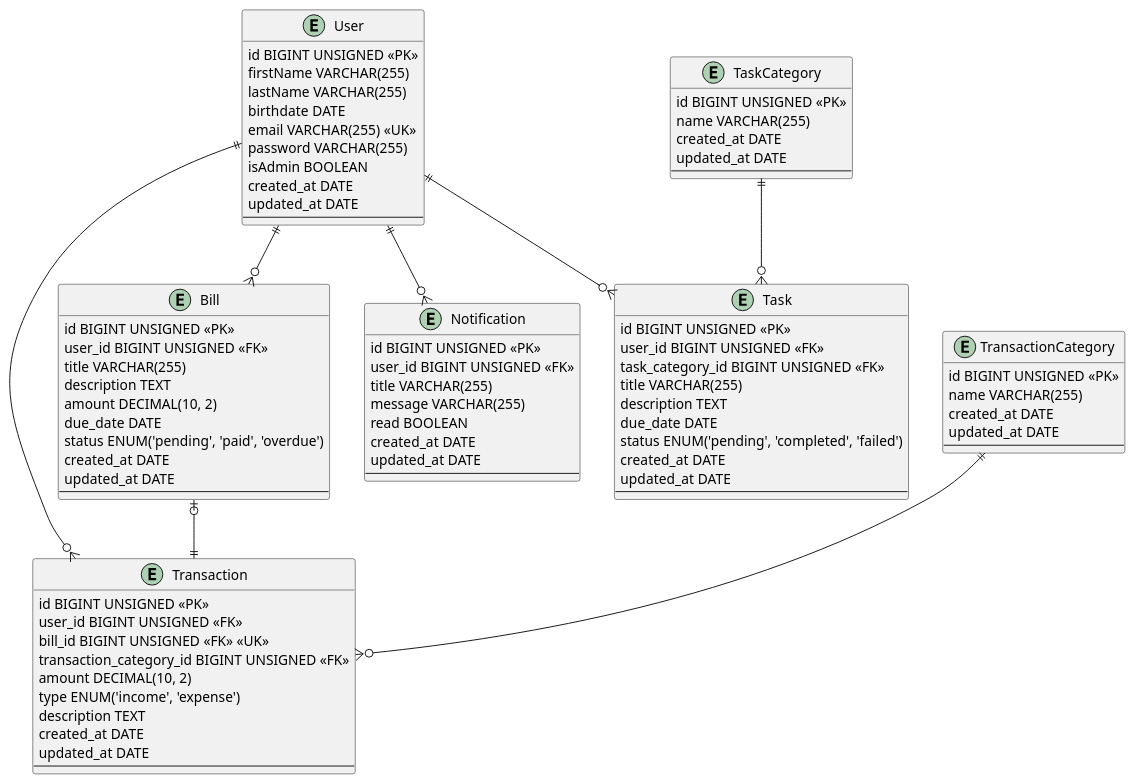
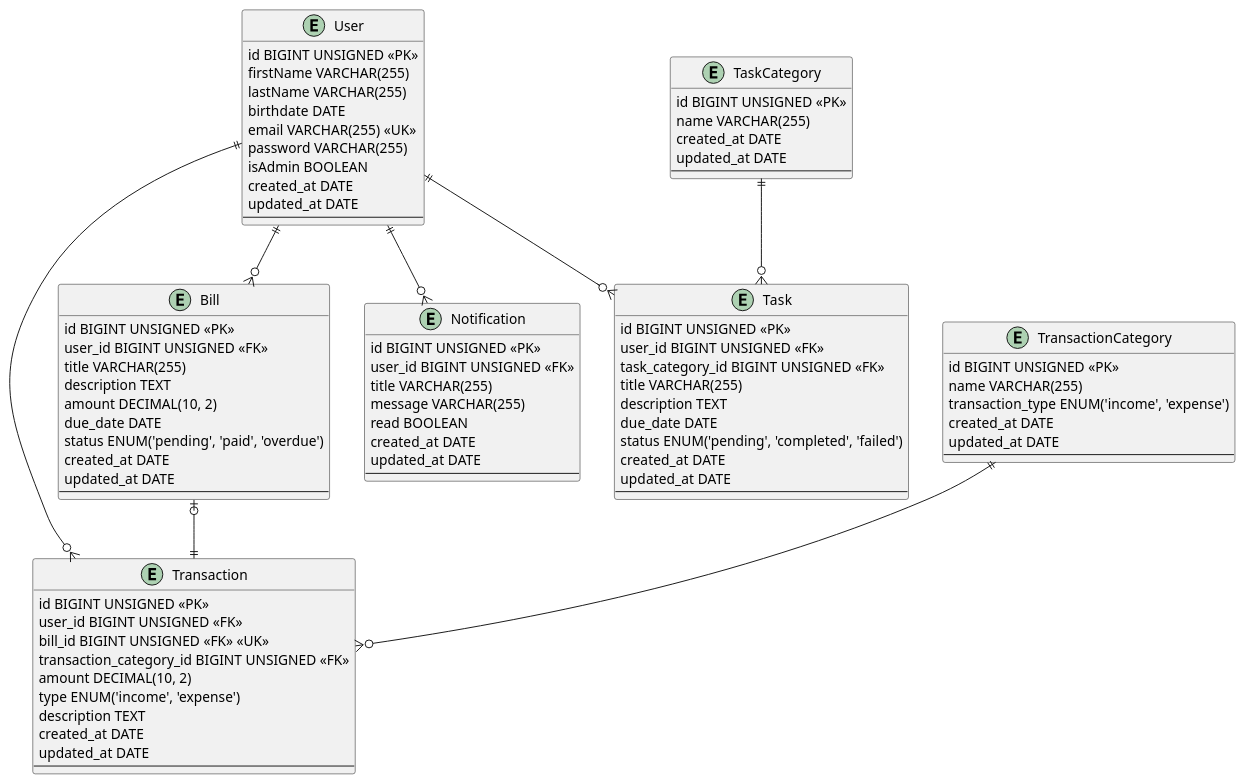
One commit to augusto-dmh/your-guardian changed the diagram in database/design/erd.plantuml. Above: the diagram before and after it, drawn with PlantUML. The commit also changed 4 other files, not shown here.

First line of the commit message:
refactor: transaction_type in transactionCategories table

```diff
--- a/database/design/erd.plantuml
+++ b/database/design/erd.plantuml
@@ -1,91 +1,92 @@
 @startuml erd
 
 entity User {
     id BIGINT UNSIGNED <<PK>>
     firstName VARCHAR(255)
     lastName VARCHAR(255)
     birthdate DATE
     email VARCHAR(255) <<UK>>
     password VARCHAR(255)
     isAdmin BOOLEAN
     created_at DATE
     updated_at DATE
     --
 }
 
 entity Transaction {
     id BIGINT UNSIGNED <<PK>>
     user_id BIGINT UNSIGNED <<FK>>
     bill_id BIGINT UNSIGNED <<FK>> <<UK>>
     transaction_category_id BIGINT UNSIGNED <<FK>>
     amount DECIMAL(10, 2)
     type ENUM('income', 'expense')
     description TEXT
     created_at DATE
     updated_at DATE
     --
 }
 
 entity Bill {
     id BIGINT UNSIGNED <<PK>>
     user_id BIGINT UNSIGNED <<FK>>
     title VARCHAR(255)
     description TEXT
     amount DECIMAL(10, 2)
     due_date DATE
     status ENUM('pending', 'paid', 'overdue')
     created_at DATE
     updated_at DATE
     --
 }
 
 entity Notification {
     id BIGINT UNSIGNED <<PK>>
     user_id BIGINT UNSIGNED <<FK>>
     title VARCHAR(255)
     message VARCHAR(255)
     read BOOLEAN
     created_at DATE
     updated_at DATE
     --
 }
 
 entity Task {
     id BIGINT UNSIGNED <<PK>>
     user_id BIGINT UNSIGNED <<FK>>
     task_category_id BIGINT UNSIGNED <<FK>>
     title VARCHAR(255)
     description TEXT
     due_date DATE
     status ENUM('pending', 'completed', 'failed')
     created_at DATE
     updated_at DATE
     --
 }
 
 entity TransactionCategory {
     id BIGINT UNSIGNED <<PK>>
     name VARCHAR(255)
+    transaction_type ENUM('income', 'expense')
     created_at DATE
     updated_at DATE
     --
 }
 
 entity TaskCategory {
     id BIGINT UNSIGNED <<PK>>
     name VARCHAR(255)
     created_at DATE
     updated_at DATE
     --
 }
 
 
 User ||--o{ Transaction
 User ||--o{ Bill
 User ||--o{ Notification
 User ||--o{ Task
 TaskCategory ||--o{ Task
 TransactionCategory ||--o{ Transaction
 Bill |o--|| Transaction
 
 @enduml
```
